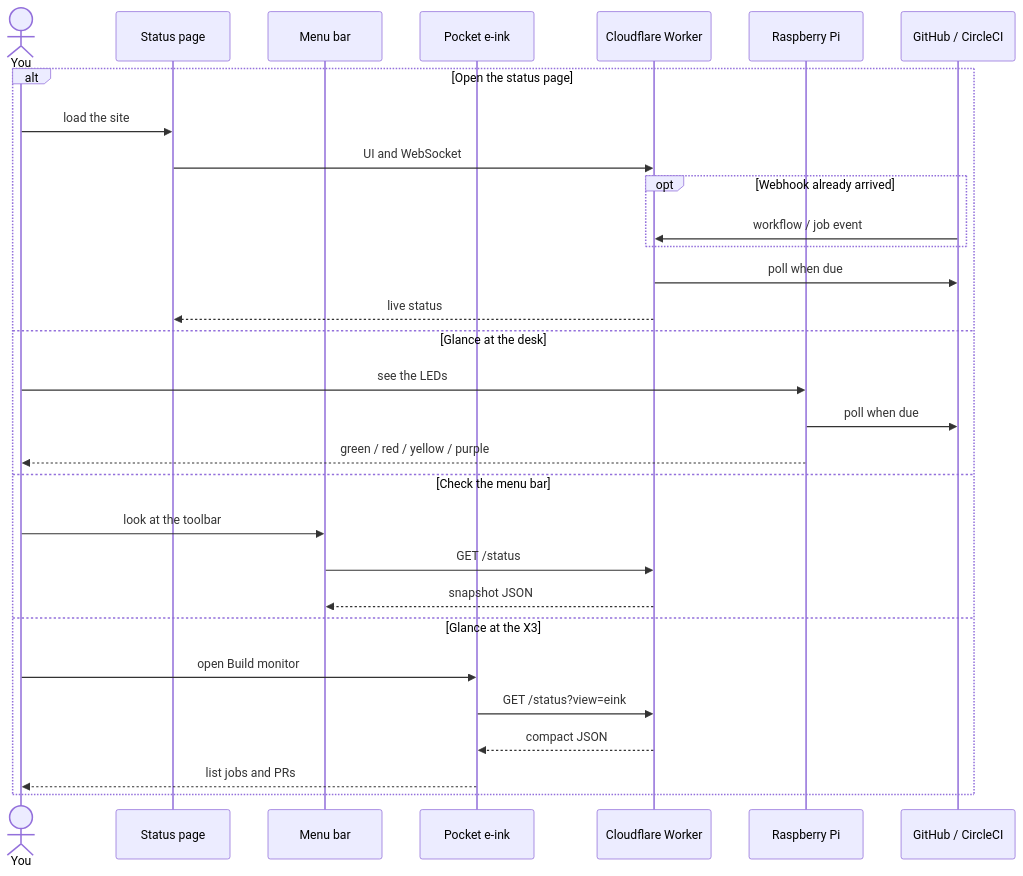
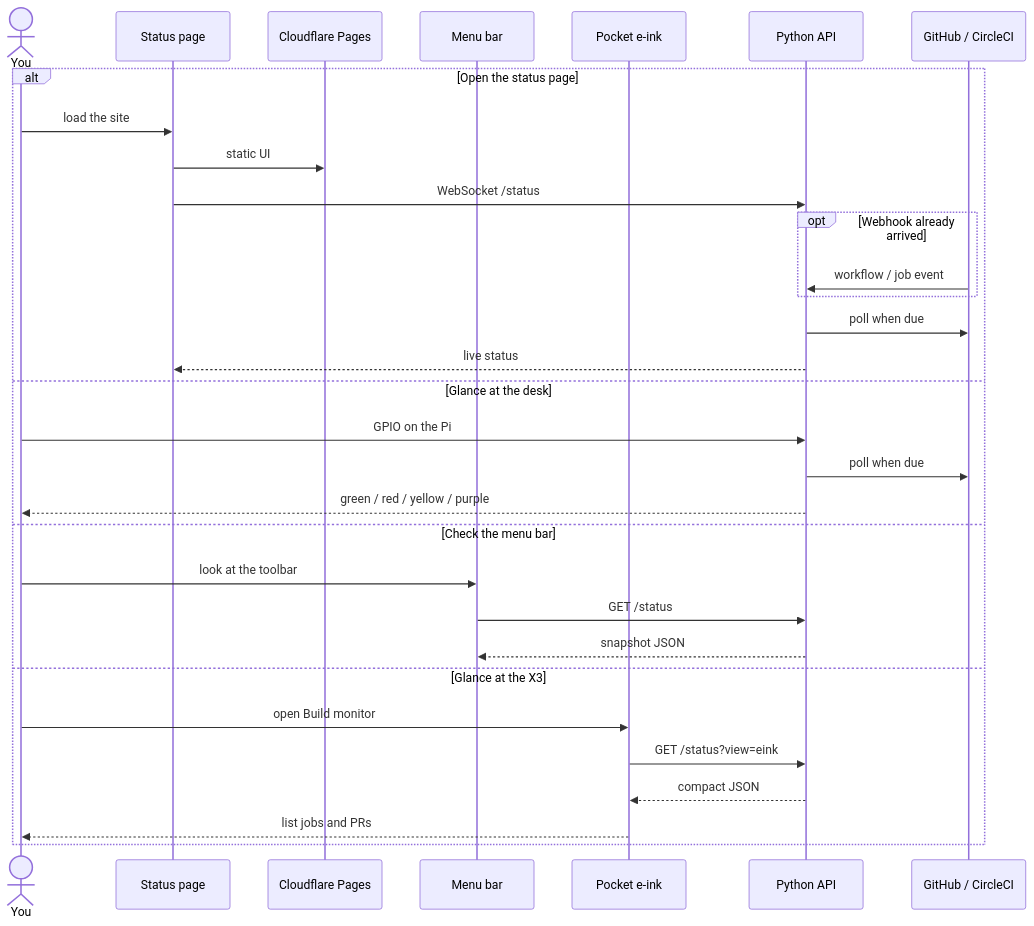
Before and after one commit to mzworthington/gpio-build-monitor: the second of 3 diagrams in README.md, drawn with Mermaid. The commit also changed other lines of this file and 251 other files, not shown here.

````diff
--- a/README.md
+++ b/README.md
@@ -56,33 +54,34 @@
 ```mermaid
 sequenceDiagram
   actor You
   participant Browser as Status page
+  participant Pages as Cloudflare Pages
   participant Mac as Menu bar
   participant X3 as Pocket e-ink
-  participant Worker as Cloudflare Worker
-  participant Pi as Raspberry Pi
+  participant API as Python API
   participant GH as GitHub / CircleCI
 
   alt Open the status page
     You->>Browser: load the site
-    Browser->>Worker: UI and WebSocket
+    Browser->>Pages: static UI
+    Browser->>API: WebSocket /status
     opt Webhook already arrived
-      GH->>Worker: workflow / job event
+      GH->>API: workflow / job event
     end
-    Worker->>GH: poll when due
-    Worker-->>Browser: live status
+    API->>GH: poll when due
+    API-->>Browser: live status
   else Glance at the desk
-    You->>Pi: see the LEDs
-    Pi->>GH: poll when due
-    Pi-->>You: green / red / yellow / purple
+    You->>API: GPIO on the Pi
+    API->>GH: poll when due
+    API-->>You: green / red / yellow / purple
   else Check the menu bar
     You->>Mac: look at the toolbar
-    Mac->>Worker: GET /status
-    Worker-->>Mac: snapshot JSON
+    Mac->>API: GET /status
+    API-->>Mac: snapshot JSON
   else Glance at the X3
     You->>X3: open Build monitor
-    X3->>Worker: GET /status?view=eink
-    Worker-->>X3: compact JSON
+    X3->>API: GET /status?view=eink
+    API-->>X3: compact JSON
     X3-->>You: list jobs and PRs
   end
 ```
````
